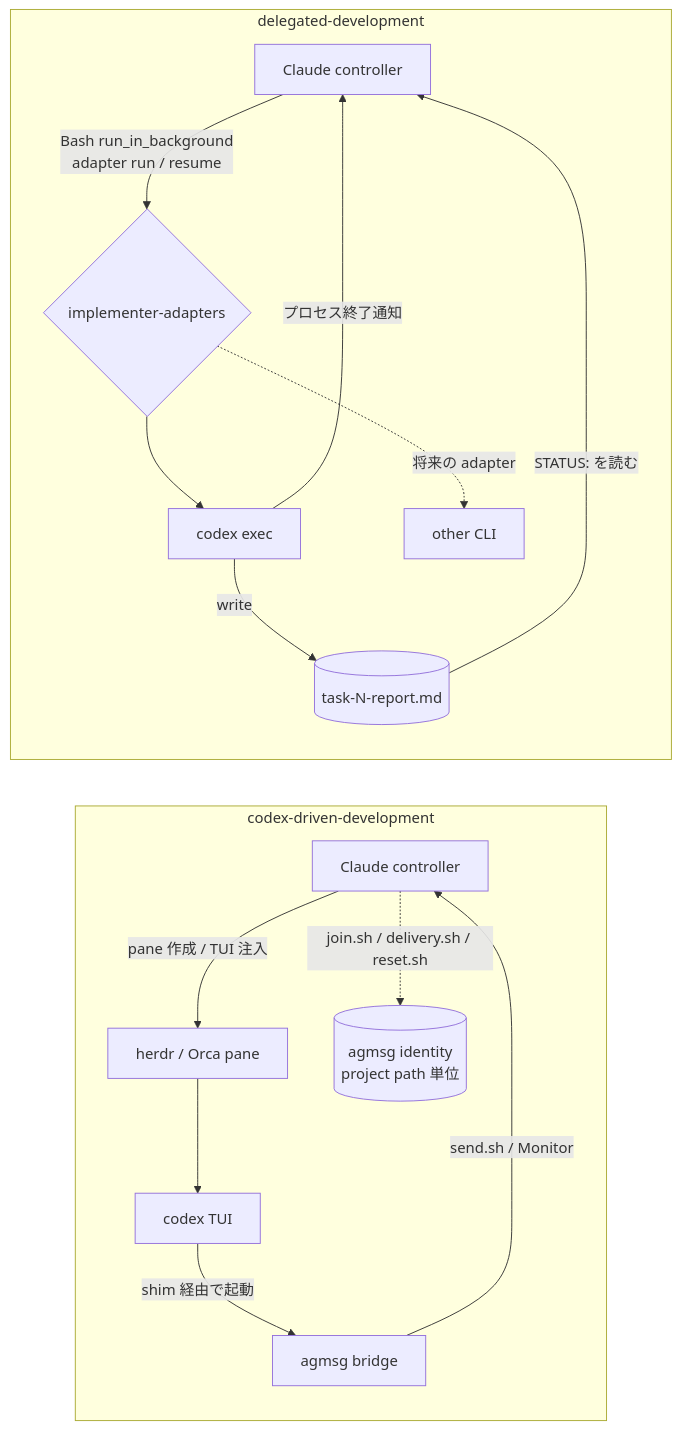
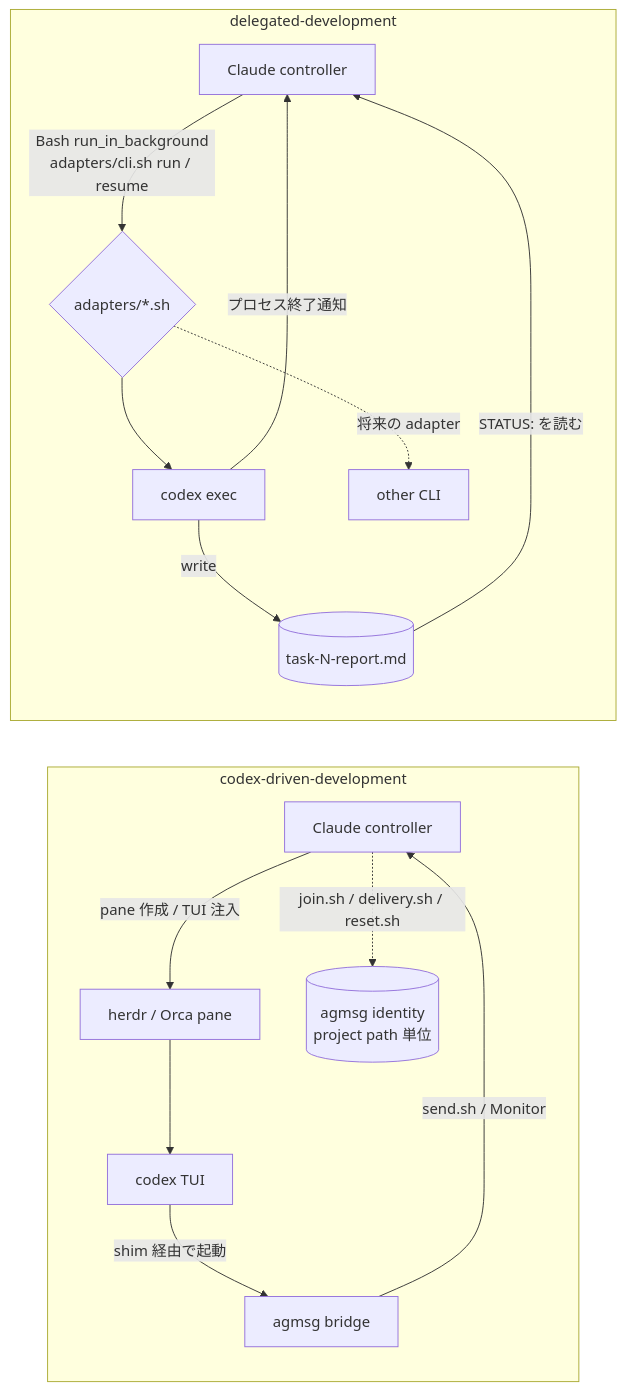
Before and after one commit to panicboat/dotfiles: the first of 2 diagrams in docs/superpowers/specs/2026-11-20-delegated-development-design.md, drawn with Mermaid. The commit also changed other lines of this file, not shown here.

Commit message:
docs(skills): split delegated-development adapters into per-cli scripts

````diff
--- a/docs/superpowers/specs/2026-11-20-delegated-development-design.md
+++ b/docs/superpowers/specs/2026-11-20-delegated-development-design.md
@@ -79,18 +80,18 @@
 ```mermaid
 flowchart LR
   subgraph current["codex-driven-development"]
     C1[Claude controller] -->|pane 作成 / TUI 注入| M1[herdr / Orca pane]
     M1 --> X1[codex TUI]
     X1 -->|shim 経由で起動| B1[agmsg bridge]
     B1 -->|send.sh / Monitor| C1
     C1 -.->|join.sh / delivery.sh / reset.sh| R1[(agmsg identity<br/>project path 単位)]
   end
   subgraph proposed["delegated-development"]
-    C2[Claude controller] -->|Bash run_in_background<br/>adapter run / resume| A2{implementer-adapters}
+    C2[Claude controller] -->|Bash run_in_background<br/>adapters/cli.sh run / resume| A2{adapters/*.sh}
     A2 --> X2[codex exec]
     A2 -.->|将来の adapter| Y2[other CLI]
     X2 -->|プロセス終了通知| C2
     X2 -->|write| F2[(task-N-report.md)]
     F2 -->|STATUS: を読む| C2
   end
 ```
````
